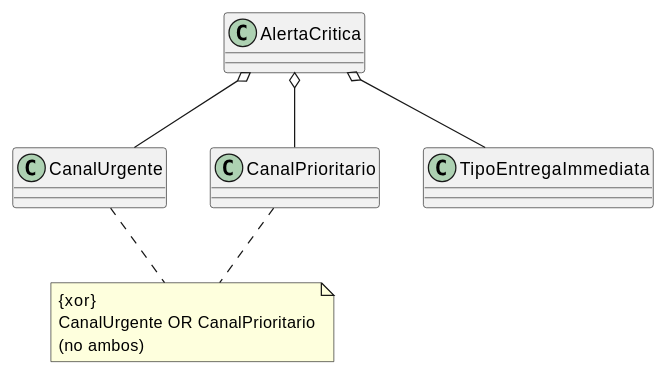
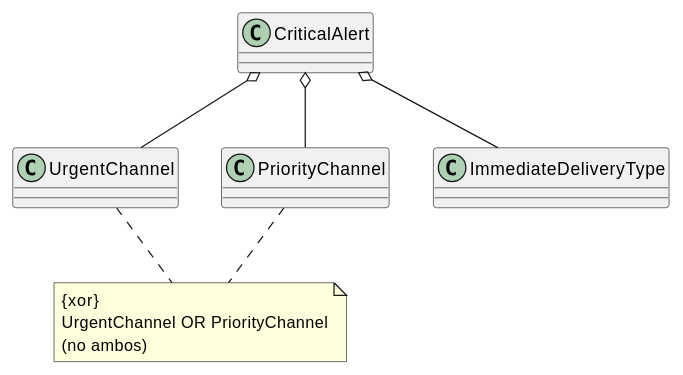
The diagram in source/requisitos/_metodologia-aplicacion/agregacion-interfaces/restriccion-or-en-agregacion.rst (jcg-admin/IACT-docs), drawn with PlantUML before and after one commit. The commit also changed 9 other files, not shown here.

```diff
--- a/source/requisitos/_metodologia-aplicacion/agregacion-interfaces/restriccion-or-en-agregacion.rst
+++ b/source/requisitos/_metodologia-aplicacion/agregacion-interfaces/restriccion-or-en-agregacion.rst
@@ -9,18 +9,18 @@
 .. uml::
 
    @startuml
    allowmixing
 
-   class AlertaCritica
-   class CanalUrgente
-   class CanalPrioritario
-   class TipoEntregaImmediata
+   class CriticalAlert
+   class UrgentChannel
+   class PriorityChannel
+   class ImmediateDeliveryType
 
-   AlertaCritica o-- CanalUrgente
-   AlertaCritica o-- CanalPrioritario
-   AlertaCritica o-- TipoEntregaImmediata
+   CriticalAlert o-- UrgentChannel
+   CriticalAlert o-- PriorityChannel
+   CriticalAlert o-- ImmediateDeliveryType
 
-   note "{xor}\nCanalUrgente OR CanalPrioritario\n(no ambos)" as NotaXor
-   CanalUrgente .. NotaXor
-   CanalPrioritario .. NotaXor
+   note "{xor}\nUrgentChannel OR PriorityChannel\n(no ambos)" as NotaXor
+   UrgentChannel .. NotaXor
+   PriorityChannel .. NotaXor
    @enduml
```
